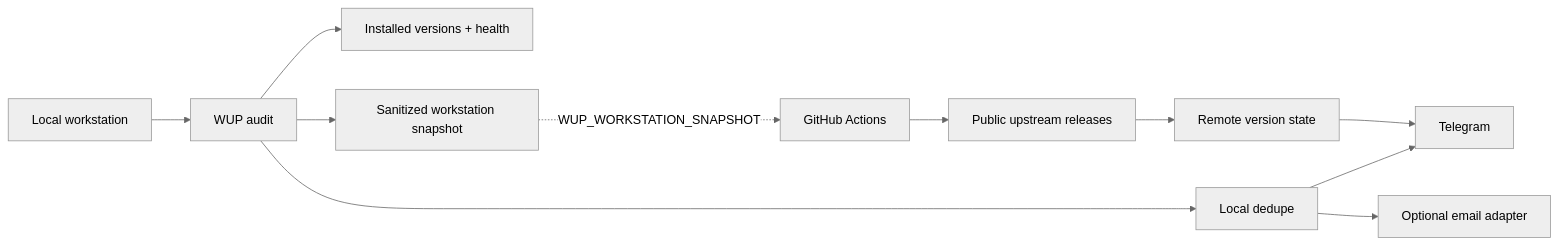
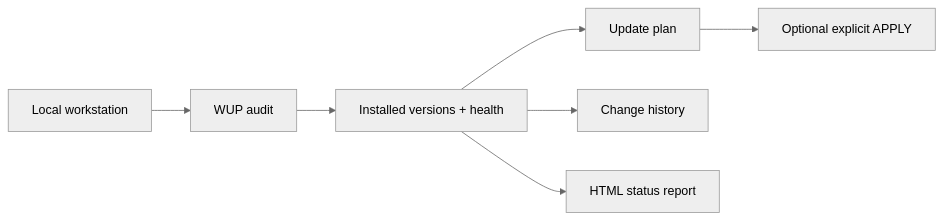
Before and after one commit to datawarsaw/wup: the diagram in README.md, drawn with Mermaid (neutral theme). The commit also changed other lines of this file and 32 other files, not shown here.

````diff
--- a/README.md
+++ b/README.md
@@ -41,13 +42,9 @@
 ```mermaid
 flowchart LR
     A[Local workstation] --> B[WUP audit]
     B --> C[Installed versions + health]
-    B --> D[Local dedupe]
-    D --> E[Telegram]
-    D --> F[Optional email adapter]
-    B --> G[Sanitized workstation snapshot]
-    H[GitHub Actions] --> I[Public upstream releases]
-    I --> J[Remote version state]
-    G -. WUP_WORKSTATION_SNAPSHOT .-> H
-    J --> E
+    C --> D[Update plan]
+    C --> E[Change history]
+    C --> F[HTML status report]
+    D --> G[Optional explicit APPLY]
 ```
````
